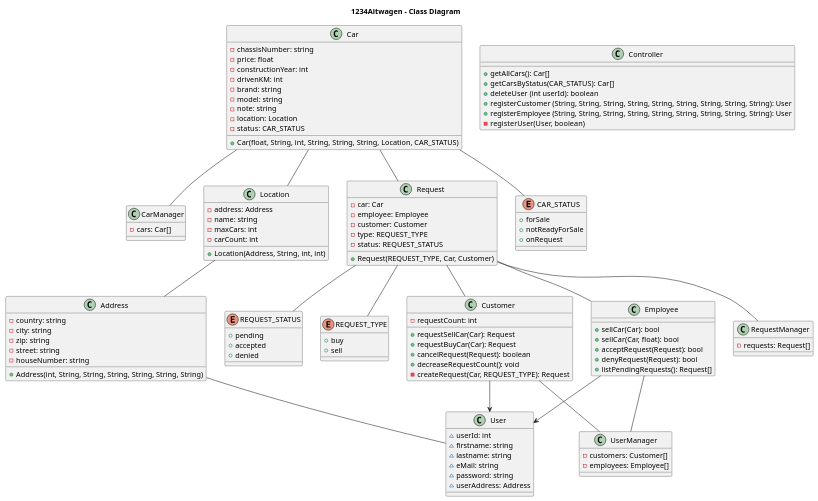
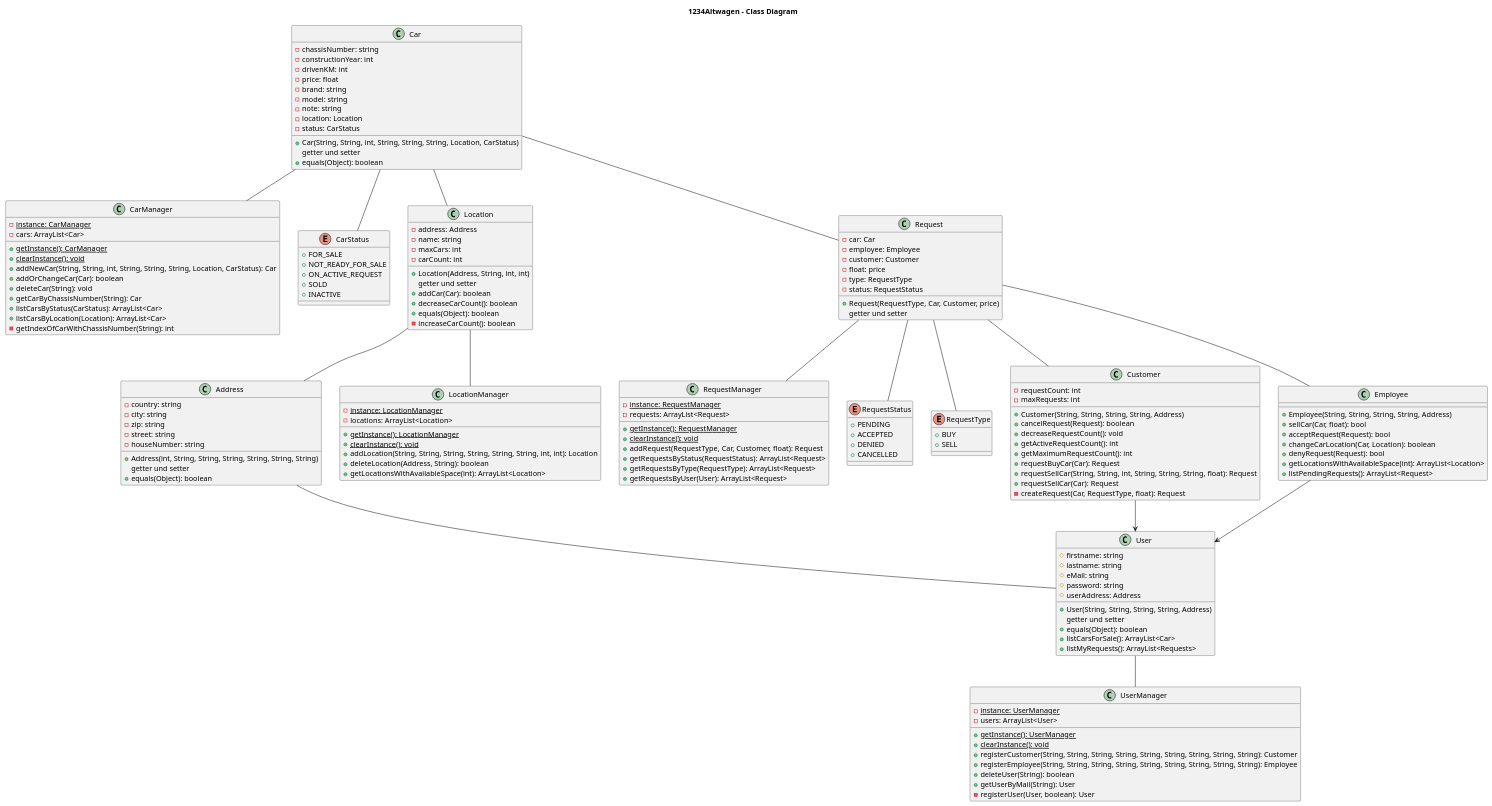
The diagram in klassendiagramm.iuml (fh-erfurt/1234Altwagen), drawn with PlantUML before and after one commit.

```diff
--- a/klassendiagramm.iuml
+++ b/klassendiagramm.iuml
@@ -1,123 +1,175 @@
 @startuml
 title 1234Altwagen - Class Diagram
 
 
 class CarManager {
-    -cars: Car[]
+    {static} -instance: CarManager
+    -cars: ArrayList<Car>
+    {static} +getInstance(): CarManager
+    {static} +clearInstance(): void
+    +addNewCar(String, String, int, String, String, String, Location, CarStatus): Car
+    +addOrChangeCar(Car): boolean
+    +deleteCar(String): void
+    +getCarByChassisNumber(String): Car
+    +listCarsByStatus(CarStatus): ArrayList<Car>
+    +listCarsByLocation(Location): ArrayList<Car>
+    -getIndexOfCarWithChassisNumber(String): int
 }
 
 class Car {
     -chassisNumber: string
-    -price: float
     -constructionYear: int
     -drivenKM: int
+    -price: float
     -brand: string
     -model: string
     -note: string
     -location: Location
-    -status: CAR_STATUS
-    +Car(float, String, int, String, String, String, Location, CAR_STATUS)
+    -status: CarStatus
+    +Car(String, String, int, String, String, String, Location, CarStatus)
+    {method} getter und setter
+    +equals(Object): boolean
 }
 
-class Location {
-    -address: Address
-    -name: string
-    -maxCars: int
-    -carCount: int
-    +Location(Address, String, int, int)
-}
-
-class RequestManager {
-    -requests: Request[]
-}
-
-class Request {
-    -car: Car
-    -employee: Employee
-    -customer: Customer
-    -type: REQUEST_TYPE
-    -status: REQUEST_STATUS
-    +Request(REQUEST_TYPE, Car, Customer)
+enum CarStatus {
+    +FOR_SALE
+    +NOT_READY_FOR_SALE
+    +ON_ACTIVE_REQUEST
+    +SOLD
+    +INACTIVE
 }
 
 class Address {
     -country: string
     -city: string
     -zip: string
     -street: string
     -houseNumber: string
     +Address(int, String, String, String, String, String, String)
+    {method} getter und setter
+    +equals(Object): boolean
 }
 
-class Controller {
-    +getAllCars(): Car[]
-    +getCarsByStatus(CAR_STATUS): Car[]
-    +deleteUser (int userId): boolean
-    +registerCustomer (String, String, String, String, String, String, String, String, String): User
-    +registerEmployee (String, String, String, String, String, String, String, String, String): User
-    -registerUser(User, boolean)
+class Location {
+    -address: Address
+    -name: string
+    -maxCars: int
+    -carCount: int
+    +Location(Address, String, int, int)
+    {method} getter und setter
+    +addCar(Car): boolean
+    +decreaseCarCount(): boolean
+    +equals(Object): boolean
+    -increaseCarCount(): boolean
+}
+
+class LocationManager {
+    {static} -instance: LocationManager
+    -locations: ArrayList<Location>
+    {static} +getInstance(): LocationManager
+    {static} +clearInstance(): void
+    +addLocation(String, String, String, String, String, String, int, int): Location
+    +deleteLocation(Address, String): boolean
+    +getLocationsWithAvailableSpace(int): ArrayList<Location>
+}
+
+class Request {
+    -car: Car
+    -employee: Employee
+    -customer: Customer
+    -float: price
+    -type: RequestType
+    -status: RequestStatus
+    +Request(RequestType, Car, Customer, price)
+    {method} getter und setter
+}
+
+class RequestManager {
+    {static} -instance: RequestManager
+    -requests: ArrayList<Request>
+    {static} +getInstance(): RequestManager
+    {static} +clearInstance(): void
+    +addRequest(RequestType, Car, Customer, float): Request
+    +getRequestsByStatus(RequestStatus): ArrayList<Request>
+    +getRequestsByType(RequestType): ArrayList<Request>
+    +getRequestsByUser(User): ArrayList<Request>
+}
+
+enum RequestStatus {
+    +PENDING
+    +ACCEPTED
+    +DENIED
+    +CANCELLED
+}
+
+enum RequestType {
+    +BUY
+    +SELL
+}
+
+class Customer {
+    -requestCount: int
+    -maxRequests: int
+    +Customer(String, String, String, String, Address)
+    +cancelRequest(Request): boolean
+    +decreaseRequestCount(): void
+    +getActiveRequestCount(): int
+    +getMaximumRequestCount(): int
+    +requestBuyCar(Car): Request
+    +requestSellCar(String, String, int, String, String, String, float): Request
+    +requestSellCar(Car): Request
+    -createRequest(Car, RequestType, float): Request
+}
+
+class Employee {
+    +Employee(String, String, String, String, Address)
+    +sellCar(Car, float): bool
+    +acceptRequest(Request): bool
+    +changeCarLocation(Car, Location): boolean
+    +denyRequest(Request): bool
+    +getLocationsWithAvailableSpace(int): ArrayList<Location>
+    +listPendingRequests(): ArrayList<Request>
+}
+
+class User {
+    #firstname: string
+    #lastname: string
+    #eMail: string
+    #password: string
+    #userAddress: Address
+    +User(String, String, String, String, Address)
+    {method} getter und setter
+    +equals(Object): boolean
+    +listCarsForSale(): ArrayList<Car>
+    +listMyRequests(): ArrayList<Requests>
 }
 
 class UserManager {
-    -customers: Customer[]
-    -employees: Employee[]
-}
-
-class User {
-    ~userId: int
-    ~firstname: string
-    ~lastname: string
-    ~eMail: string
-    ~password: string
-    ~userAddress: Address
-}
-class Customer {
-    -requestCount: int
-    +requestSellCar(Car): Request
-    +requestBuyCar(Car): Request
-    +cancelRequest(Request): boolean
-    +decreaseRequestCount(): void
-    -createRequest(Car, REQUEST_TYPE): Request
-}
-class Employee {
-    +sellCar(Car): bool
-    +sellCar(Car, float): bool
-    +acceptRequest(Request): bool
-    +denyRequest(Request): bool
-    +listPendingRequests(): Request[]
-}
-
-enum CAR_STATUS {
-    +forSale
-    +notReadyForSale
-    +onRequest
-}
-
-enum REQUEST_STATUS {
-    +pending
-    +accepted
-    +denied
-}
-
-enum REQUEST_TYPE {
-    +buy
-    +sell
+    {static} -instance: UserManager
+    -users: ArrayList<User>
+    {static} +getInstance(): UserManager
+    {static} +clearInstance(): void
+    +registerCustomer(String, String, String, String, String, String, String, String, String): Customer 
+    +registerEmployee(String, String, String, String, String, String, String, String, String): Employee
+    +deleteUser(String): boolean
+    +getUserByMail(String): User
+    -registerUser(User, boolean): User
 }
 
 Customer --> User
 Employee --> User
 
 Car -- CarManager
 Request -- RequestManager
-Customer -- UserManager
-Employee -- UserManager
+User -- UserManager
+Address -- User
+Location -- Address
+Location -- LocationManager
 Car -- Location
+Car -- CarStatus
 Car -- Request
-Location -- Address
 Request -- Customer
 Request -- Employee
-Address -- User
-Car -- CAR_STATUS
-Request -- REQUEST_TYPE
-Request -- REQUEST_STATUS
+Request -- RequestStatus
+Request -- RequestType
 @enduml
```
